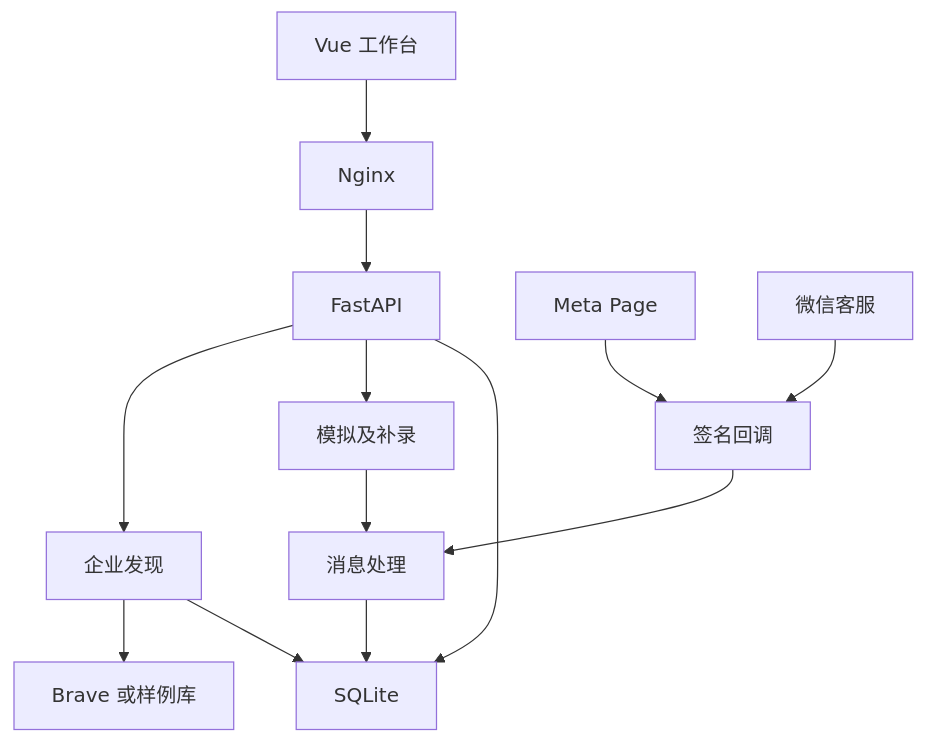
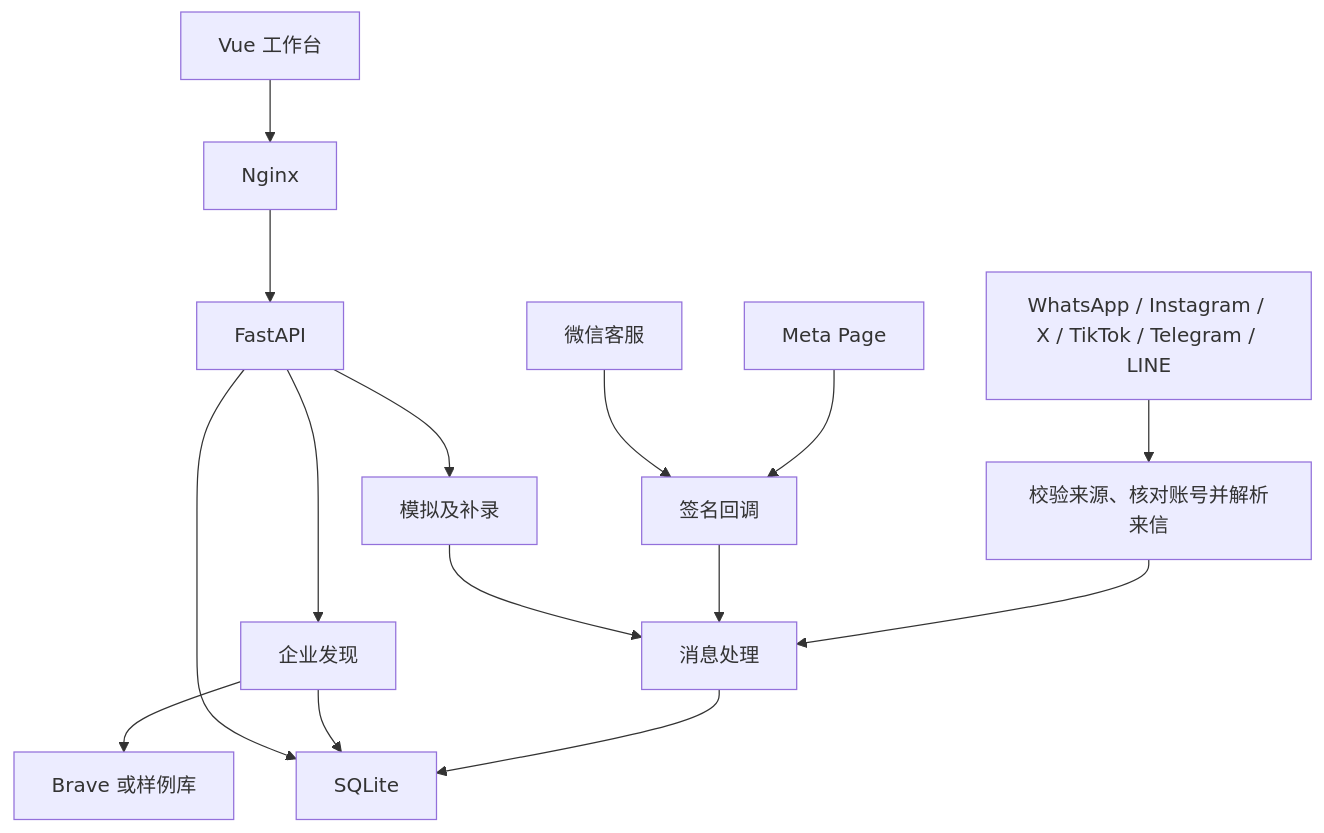
Before and after one commit to MrZhao-hub666/HACK: the diagram in DESIGN.md, drawn with Mermaid. The commit also changed 19 other files, not shown here.

````diff
--- a/DESIGN.md
+++ b/DESIGN.md
@@ -9,15 +9,17 @@
 ```mermaid
 flowchart TD
   Web["Vue 工作台"] --> Gateway["Nginx"]
   Gateway --> API["FastAPI"]
   API --> Find["企业发现"]
   Find --> Search["Brave 或样例库"]
   API --> Intake["模拟及补录"]
   Meta["Meta Page"] --> Adapter["签名回调"]
+  Social["WhatsApp / Instagram / X / TikTok / Telegram / LINE"] --> SocialAdapter["校验来源、核对账号并解析来信"]
+  SocialAdapter --> Inbox
   WX["微信客服"] --> Adapter
   Adapter --> Inbox["消息处理"]
   Intake --> Inbox
   Inbox --> DB["SQLite"]
   Find --> DB
   API --> DB
 ```
````
